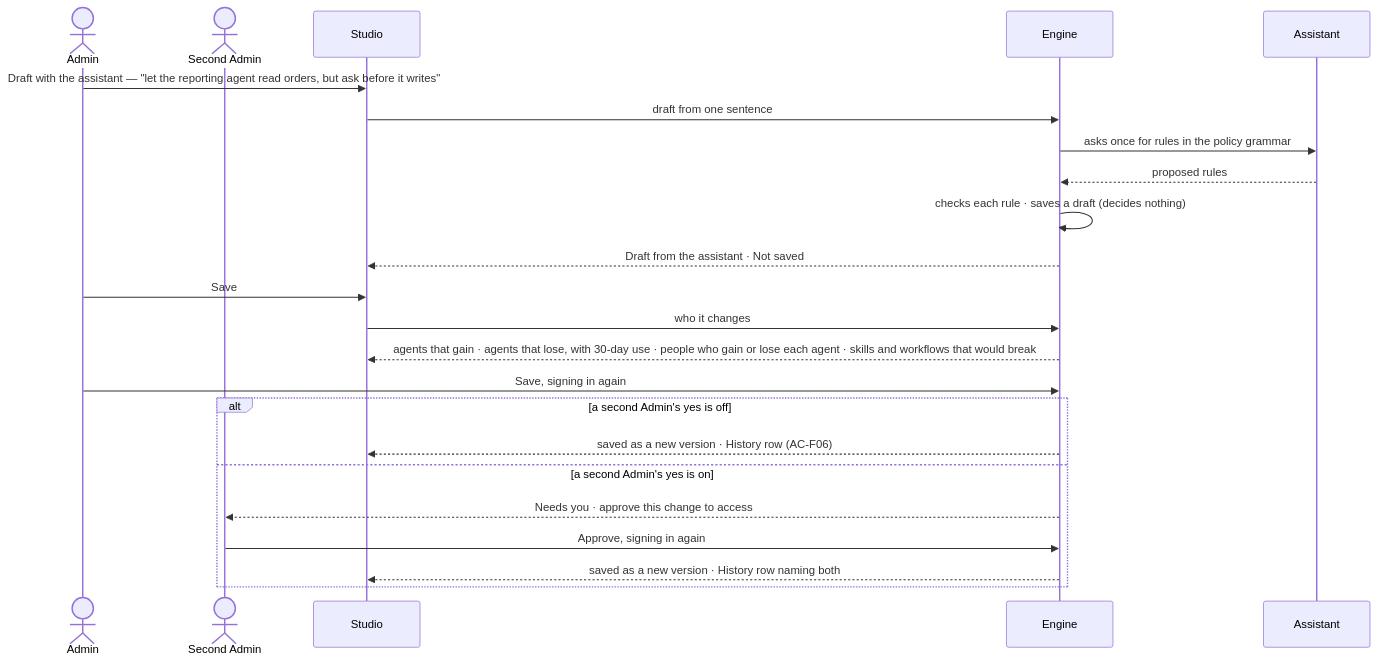
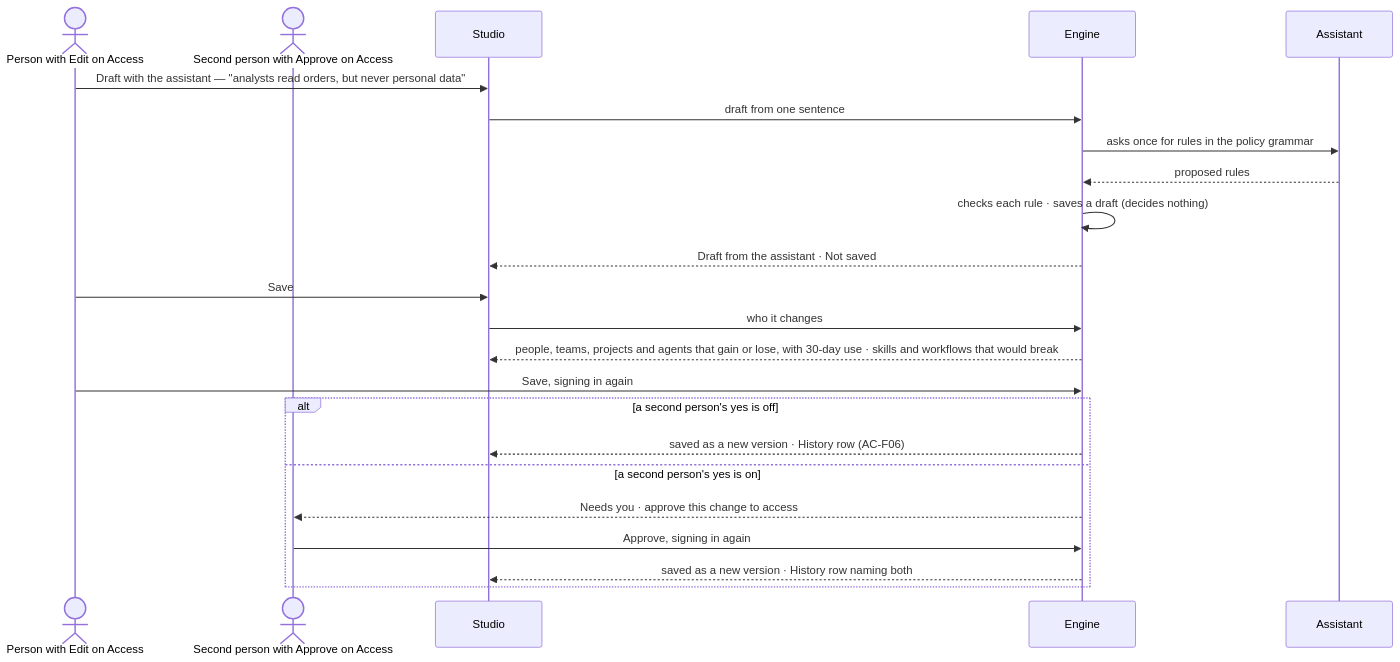
Before and after one commit to invana/invana: the second of 2 diagrams in specs/os/access/features/AC-F02-access-policies/feature.md, drawn with Mermaid. The commit also changed other lines of this file and 106 other files, not shown here.

First line of the commit message:
docs(specs): access policies replace roles; Agents mode; project access

````diff
--- a/specs/os/access/features/AC-F02-access-policies/feature.md
+++ b/specs/os/access/features/AC-F02-access-policies/feature.md
@@ -69,25 +70,25 @@
 ```mermaid
 sequenceDiagram
-  actor P as Admin
-  actor Q as Second Admin
+  actor P as Person with Edit on Access
+  actor Q as Second person with Approve on Access
   participant S as Studio
   participant E as Engine
   participant A as Assistant
-  P->>S: Draft with the assistant — "let the reporting agent read orders, but ask before it writes"
+  P->>S: Draft with the assistant — "analysts read orders, but never personal data"
   S->>E: draft from one sentence
   E->>A: asks once for rules in the policy grammar
   A-->>E: proposed rules
   E->>E: checks each rule · saves a draft (decides nothing)
   E-->>S: Draft from the assistant · Not saved
   P->>S: Save
   S->>E: who it changes
-  E-->>S: agents that gain · agents that lose, with 30-day use · people who gain or lose each agent · skills and workflows that would break
+  E-->>S: people, teams, projects and agents that gain or lose, with 30-day use · skills and workflows that would break
   P->>E: Save, signing in again
-  alt a second Admin's yes is off
+  alt a second person's yes is off
     E-->>S: saved as a new version · History row (AC-F06)
-  else a second Admin's yes is on
+  else a second person's yes is on
     E-->>Q: Needs you · approve this change to access
     Q->>E: Approve, signing in again
     E-->>S: saved as a new version · History row naming both
   end
 ```
````
